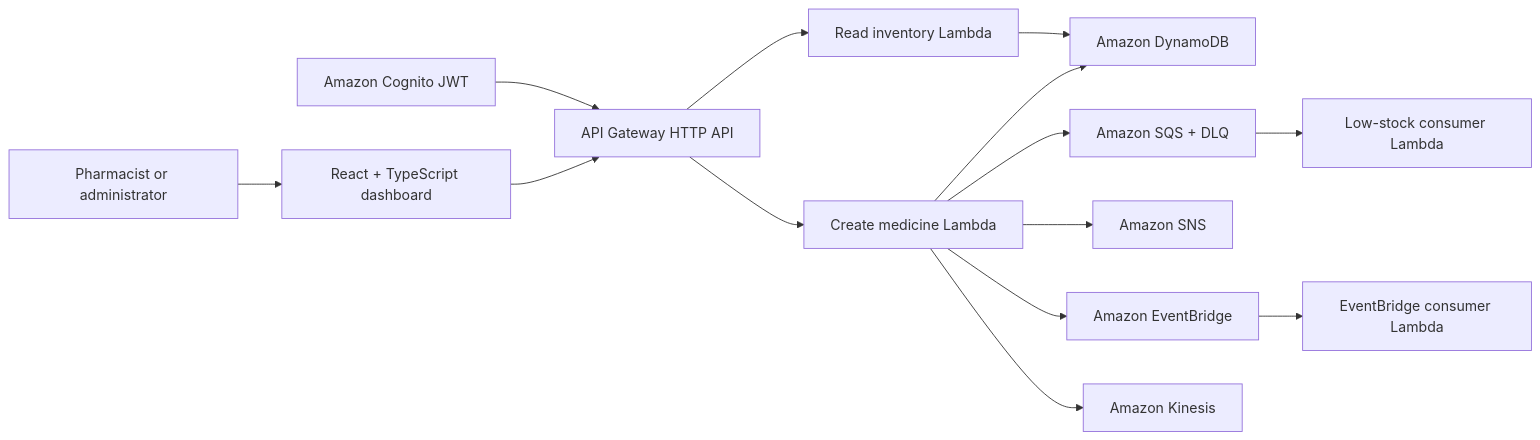
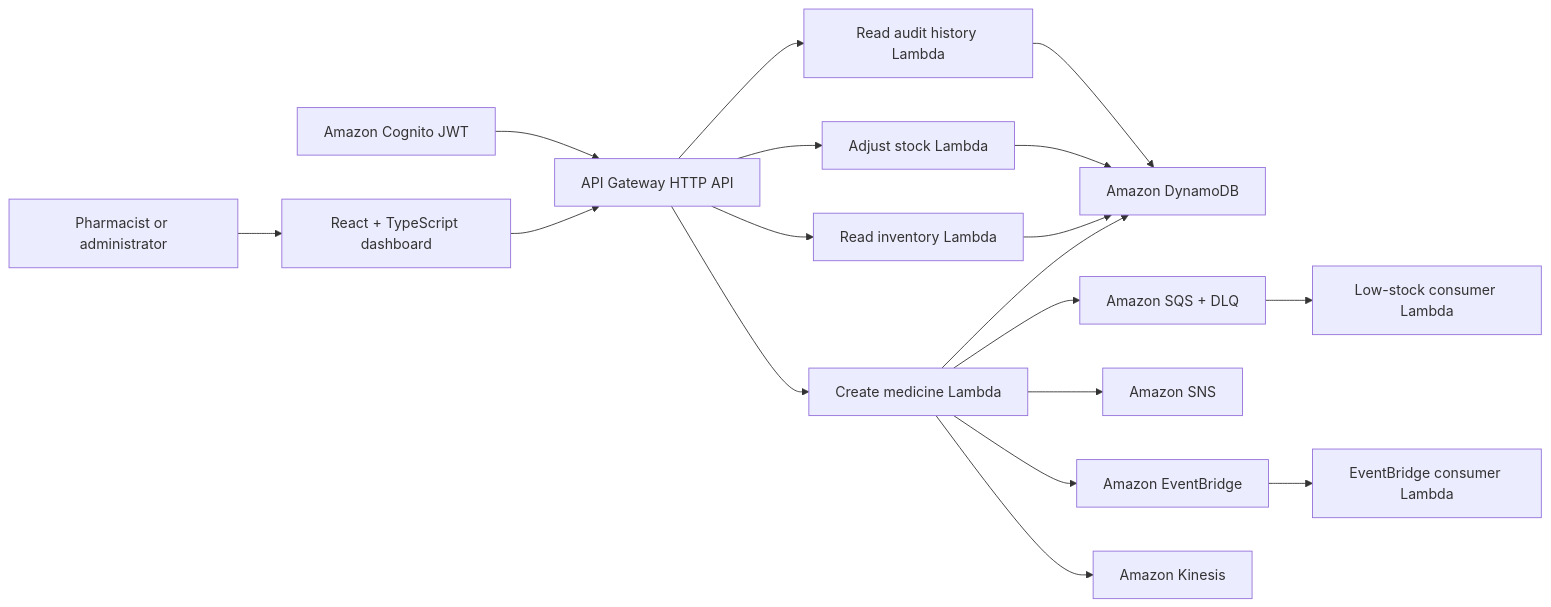
Before and after one commit to AZ1600/CloudNativePharmacyPlatform: the diagram in README.md, drawn with Mermaid. The commit also changed other lines of this file and 17 other files, not shown here.

Commit message:
Add stock adjustments, audit history, and dashboard redesign

````diff
--- a/README.md
+++ b/README.md
@@ -35,16 +58,20 @@
 ```mermaid
 flowchart LR
     User["Pharmacist or administrator"] --> UI["React + TypeScript dashboard"]
     UI --> API["API Gateway HTTP API"]
     Cognito["Amazon Cognito JWT"] --> API
     API --> Create["Create medicine Lambda"]
     API --> Read["Read inventory Lambda"]
+    API --> Adjust["Adjust stock Lambda"]
+    API --> Audit["Read audit history Lambda"]
     Create --> DB["Amazon DynamoDB"]
     Read --> DB
+    Adjust --> DB
+    Audit --> DB
     Create --> SQS["Amazon SQS + DLQ"]
     Create --> SNS["Amazon SNS"]
     Create --> EB["Amazon EventBridge"]
     Create --> Kinesis["Amazon Kinesis"]
     SQS --> Consumer["Low-stock consumer Lambda"]
     EB --> EventConsumer["EventBridge consumer Lambda"]
 ```
````
